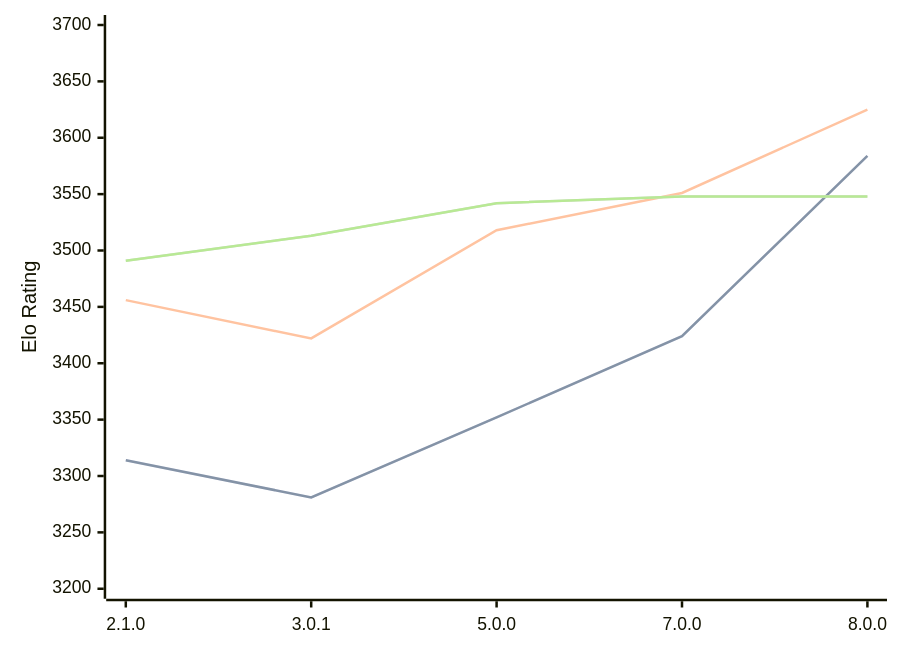
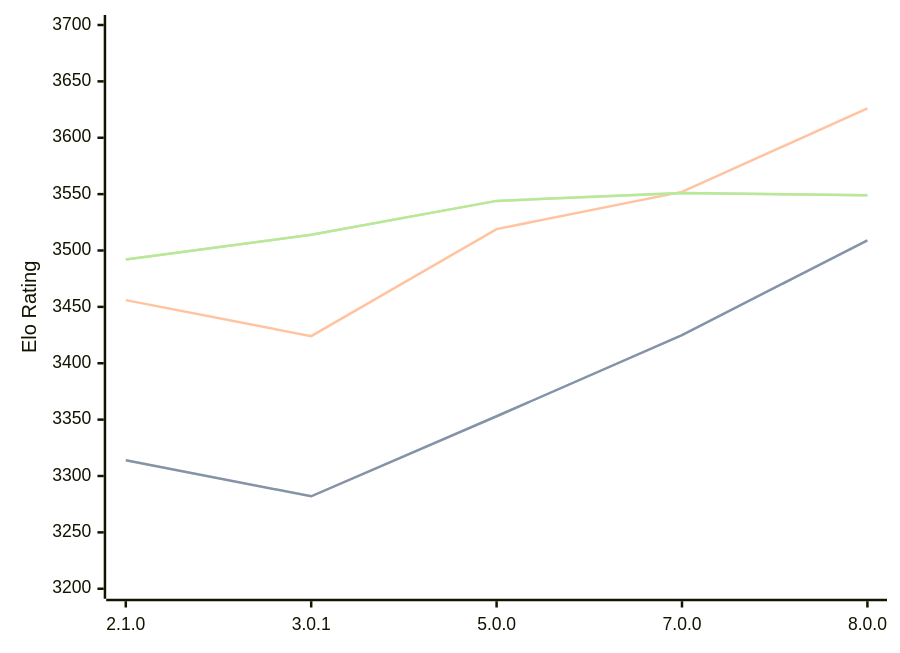
The third of 3 diagrams in engines/PlentyChess.md (computer-chess-index/cci), drawn with Mermaid before and after one commit. The commit also changed other lines of this file, not shown here.

Commit message:
Update CCI Ratings (ELO VLTC) - 2026-07-02

````diff
--- a/engines/PlentyChess.md
+++ b/engines/PlentyChess.md
@@ -79,11 +79,11 @@
 ```mermaid
 %%{init: {"theme":"base","themeVariables":{"seriesColors:['#a3a3a3','#222221','#faa371']}}}%%
 xychart-beta
   x-axis ["2.1.0", "3.0.1", "5.0.0", "7.0.0", "8.0.0"]
   y-axis "Elo Rating" 3200 --> 3700
-  line "STC (8.0+0.08s)" [3314, 3281, 3352, 3424, 3584]
-  line "STC (8.0+0.08s)" [3314, 3281, 3352, 3424, 3584]
-  line "LTC (60.0+0.60s)" [3456, 3422, 3518, 3551, 3625]
-  line "VLTC (2m24s+1.12s)" [3491, 3513, 3542, 3548, 3548]
-  line "VLTC (2m24s+1.12s)" [3491, 3513, 3542, 3548, 3548]
+  line "STC (8.0+0.08s)" [3314, 3282, 3353, 3425, 3509]
+  line "STC (8.0+0.08s)" [3314, 3282, 3353, 3425, 3509]
+  line "LTC (60.0+0.60s)" [3456, 3424, 3519, 3552, 3626]
+  line "VLTC (2m24s+1.12s)" [3492, 3514, 3544, 3551, 3549]
+  line "VLTC (2m24s+1.12s)" [3492, 3514, 3544, 3551, 3549]
 ```
````
